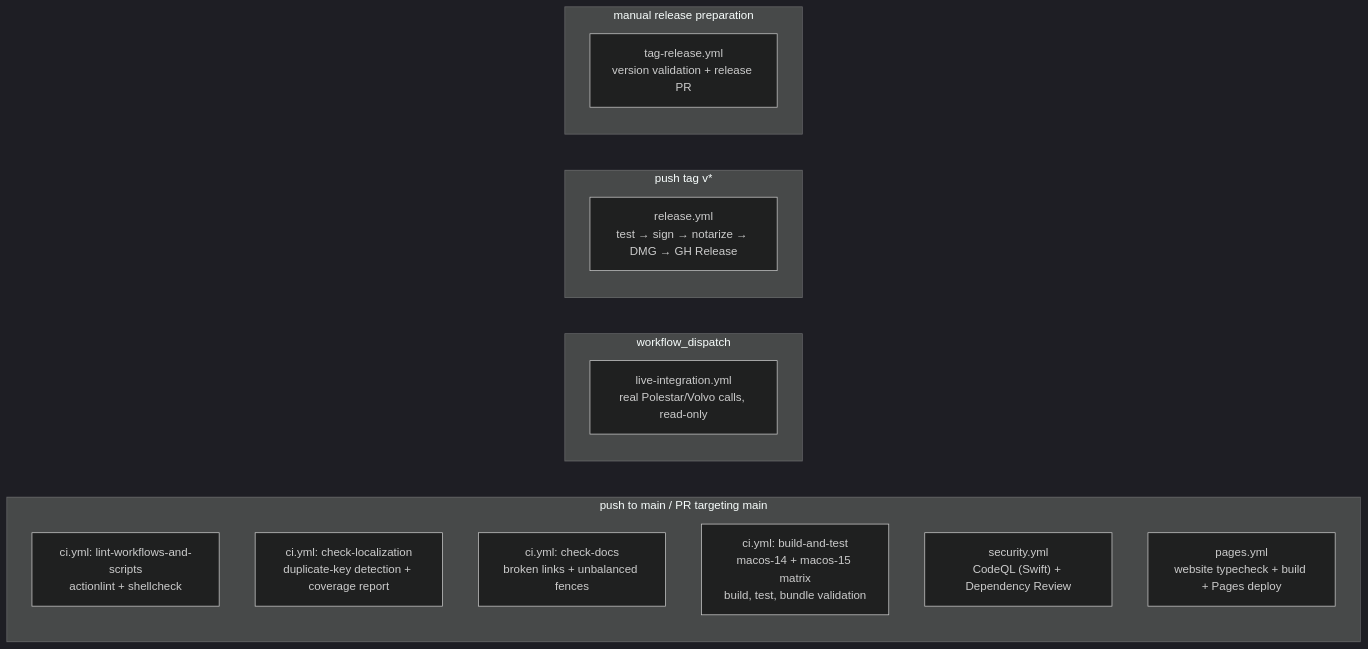
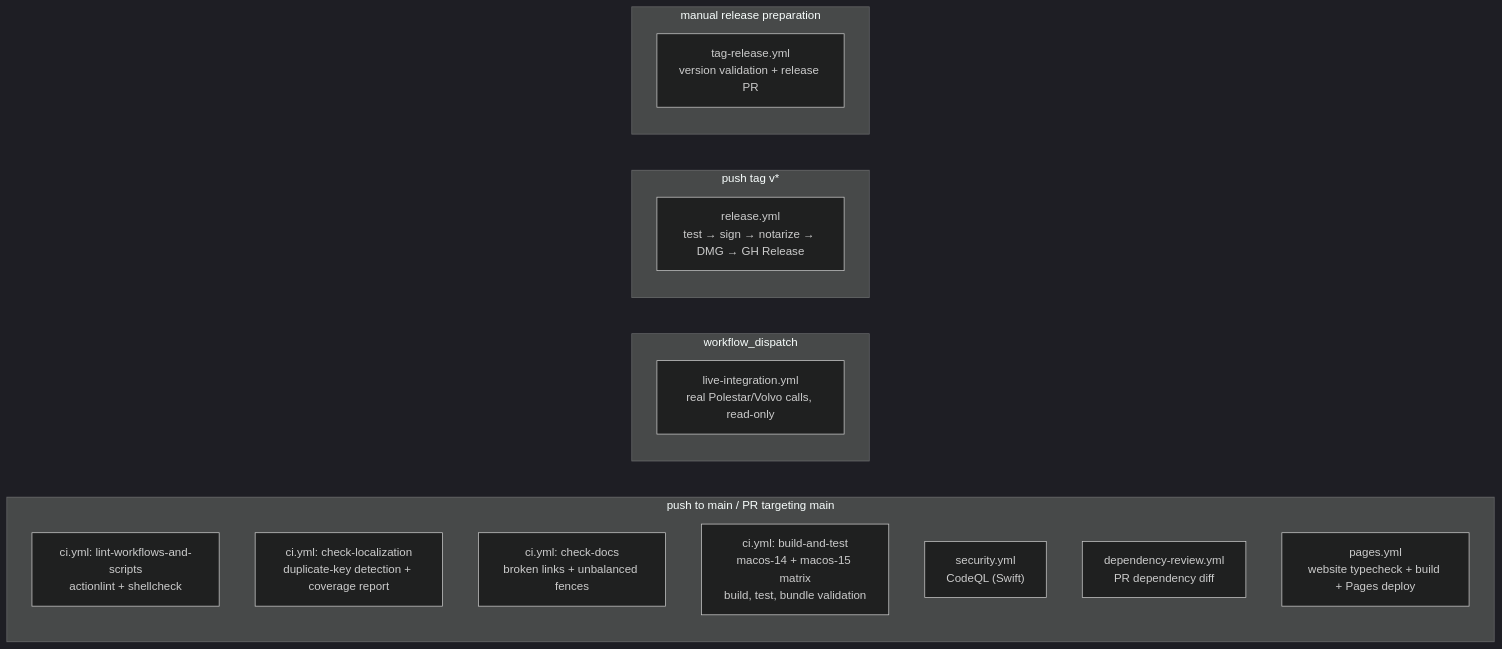
One commit to NicolasKheirallah/Hisingen changed the diagram in docs/operations/ci.md. Above: the diagram before and after it, drawn with Mermaid (dark theme). The commit also changed other lines of this file and 5 other files, not shown here.

Commit message:
ci: separate dependency review and extend CodeQL timeout

````diff
--- a/docs/operations/ci.md
+++ b/docs/operations/ci.md
@@ -12,20 +12,21 @@
 ```mermaid
 flowchart LR
     subgraph Push["push to main / PR targeting main"]
         Lint["ci.yml: lint-workflows-and-scripts<br/>actionlint + shellcheck"]
         L10n["ci.yml: check-localization<br/>duplicate-key detection + coverage report"]
         Docs["ci.yml: check-docs<br/>broken links + unbalanced fences"]
         CI["ci.yml: build-and-test<br/>macos-14 + macos-15 matrix<br/>build, test, bundle validation"]
-        Sec["security.yml<br/>CodeQL (Swift) + Dependency Review"]
+        Sec["security.yml<br/>CodeQL (Swift)"]
+        Dep["dependency-review.yml<br/>PR dependency diff"]
         Pages["pages.yml<br/>website typecheck + build + Pages deploy"]
     end
     subgraph Manual["workflow_dispatch"]
         Live["live-integration.yml<br/>real Polestar/Volvo calls, read-only"]
     end
     subgraph Tag["push tag v*"]
         Release["release.yml<br/>test → sign → notarize → DMG → GH Release"]
     end
     subgraph Prepare["manual release preparation"]
         TagPR["tag-release.yml<br/>version validation + release PR"]
     end
 ```
````
